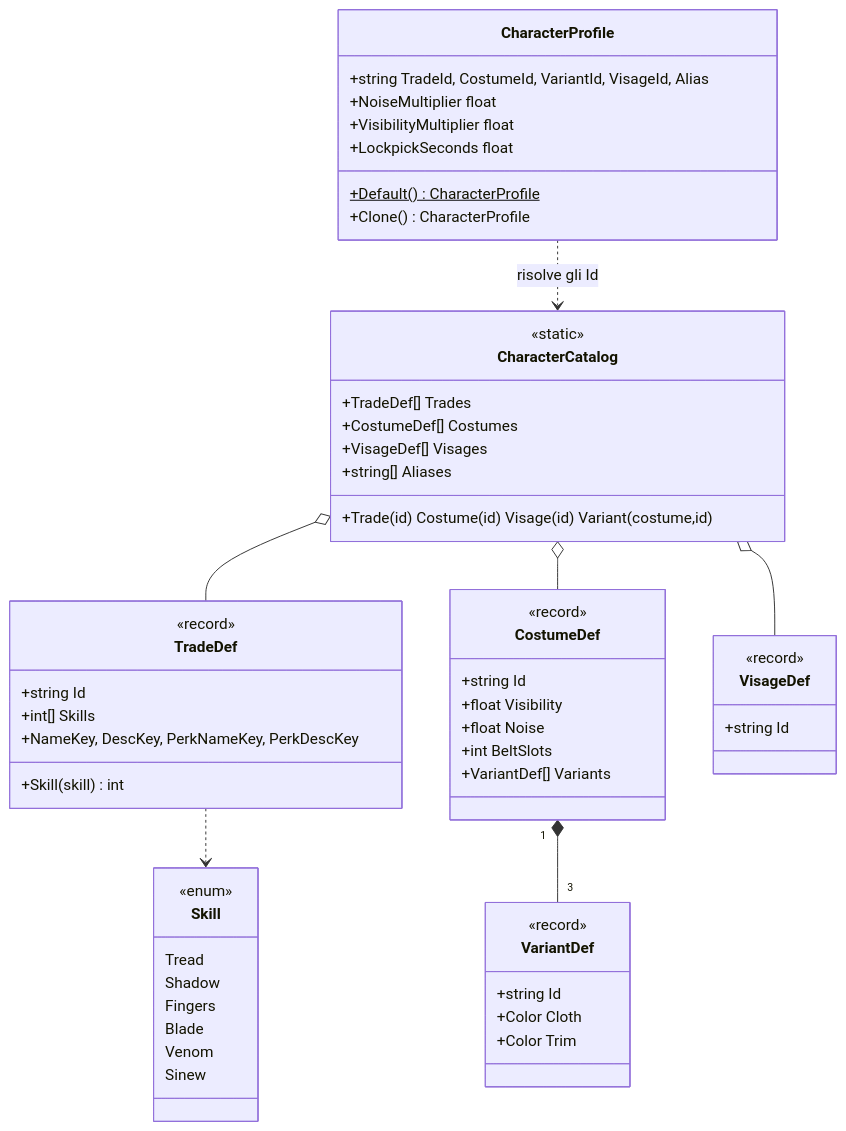
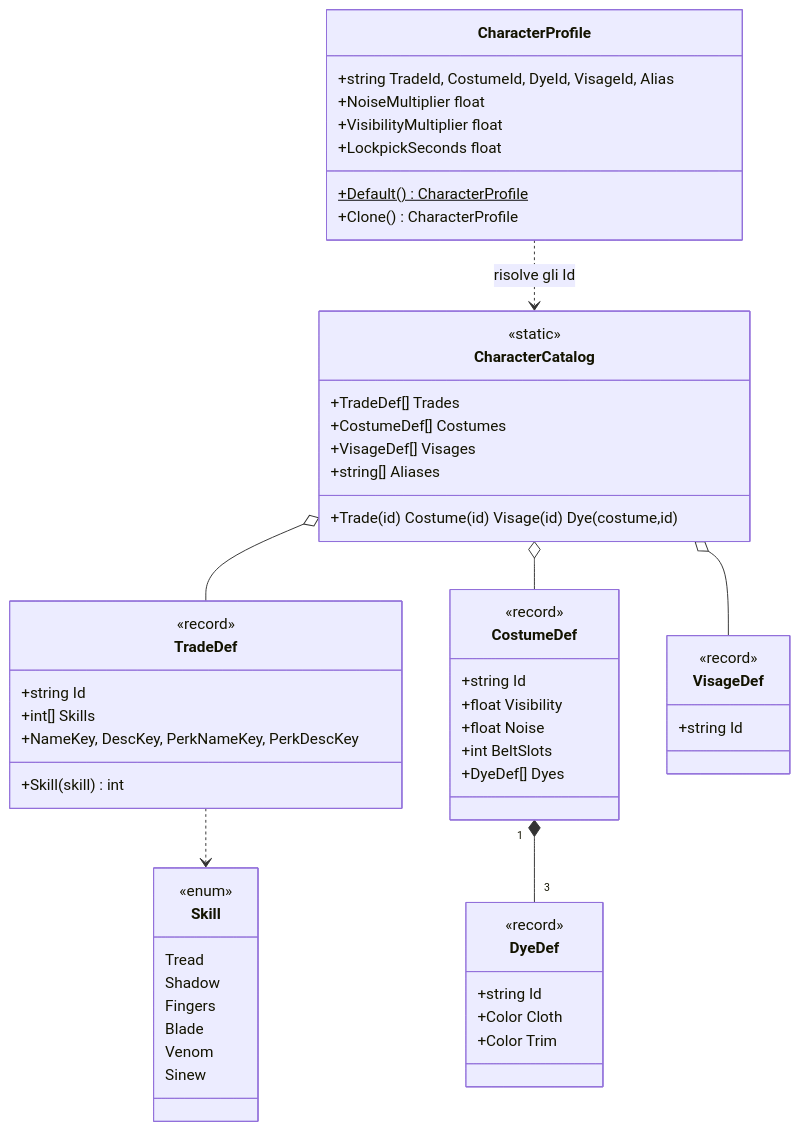
The fourth of 8 diagrams in docs/tech/ARCHITECTURE.md (ValerioPace/thepalestitch), drawn with Mermaid before and after one commit. The commit also changed other lines of this file and 6 other files, not shown here.

````diff
--- a/docs/tech/ARCHITECTURE.md
+++ b/docs/tech/ARCHITECTURE.md
@@ -245,59 +263,59 @@
 ```mermaid
 classDiagram
     class Skill {
         <<enum>>
         Tread
         Shadow
         Fingers
         Blade
         Venom
         Sinew
     }
     class TradeDef {
         <<record>>
         +string Id
         +int[] Skills
         +Skill(skill) int
         +NameKey, DescKey, PerkNameKey, PerkDescKey
     }
     class CostumeDef {
         <<record>>
         +string Id
         +float Visibility
         +float Noise
         +int BeltSlots
-        +VariantDef[] Variants
+        +DyeDef[] Dyes
     }
-    class VariantDef {
+    class DyeDef {
         <<record>>
         +string Id
         +Color Cloth
         +Color Trim
     }
     class VisageDef {
         <<record>>
         +string Id
     }
     class CharacterCatalog {
         <<static>>
         +TradeDef[] Trades
         +CostumeDef[] Costumes
         +VisageDef[] Visages
         +string[] Aliases
-        +Trade(id) Costume(id) Visage(id) Variant(costume,id)
+        +Trade(id) Costume(id) Visage(id) Dye(costume,id)
     }
     class CharacterProfile {
-        +string TradeId, CostumeId, VariantId, VisageId, Alias
+        +string TradeId, CostumeId, DyeId, VisageId, Alias
         +NoiseMultiplier float
         +VisibilityMultiplier float
         +LockpickSeconds float
         +Default()$ CharacterProfile
         +Clone() CharacterProfile
     }
-    CostumeDef "1" *-- "3" VariantDef
+    CostumeDef "1" *-- "3" DyeDef
     CharacterCatalog o-- TradeDef
     CharacterCatalog o-- CostumeDef
     CharacterCatalog o-- VisageDef
     CharacterProfile ..> CharacterCatalog : risolve gli Id
     TradeDef ..> Skill
 ```
````
